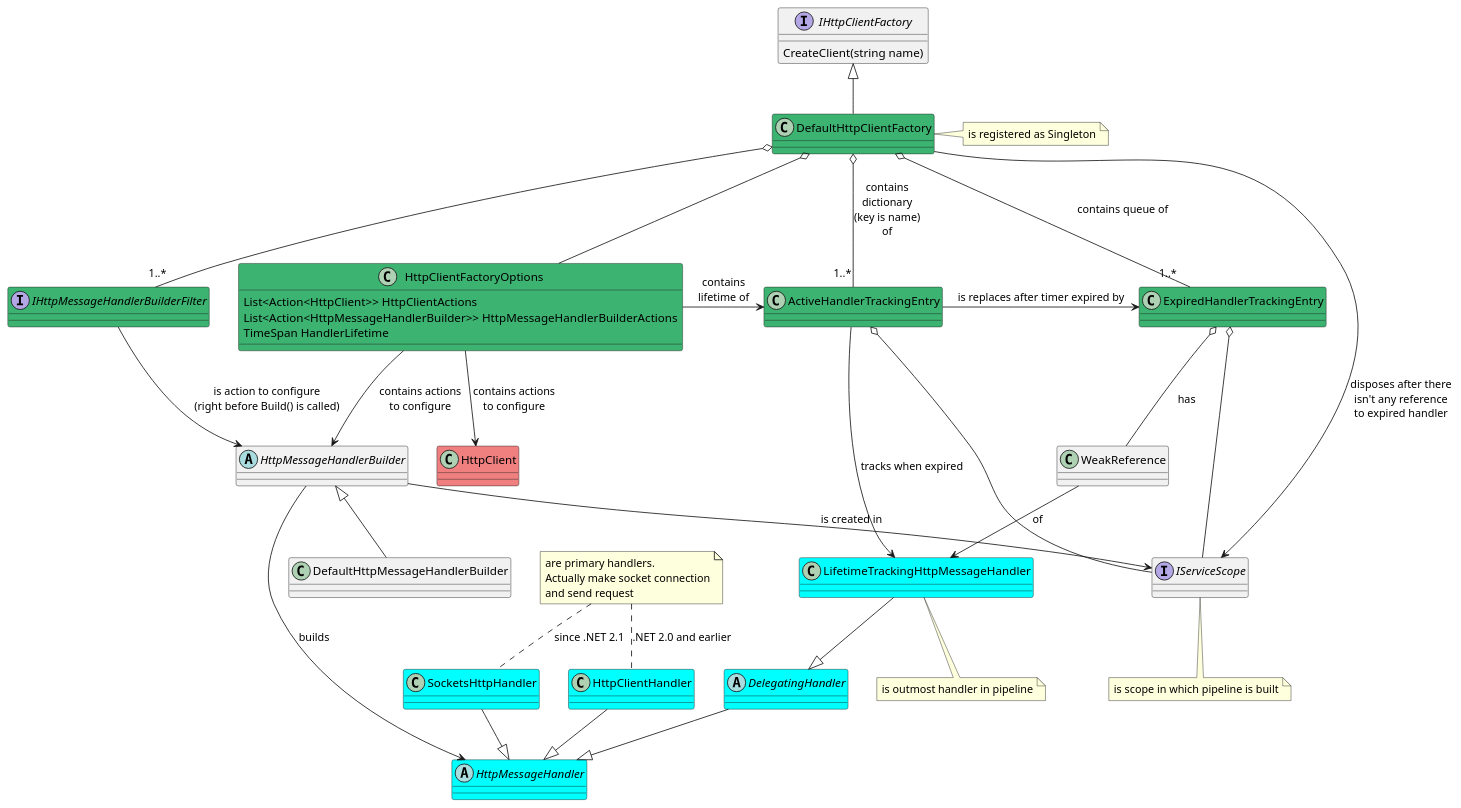
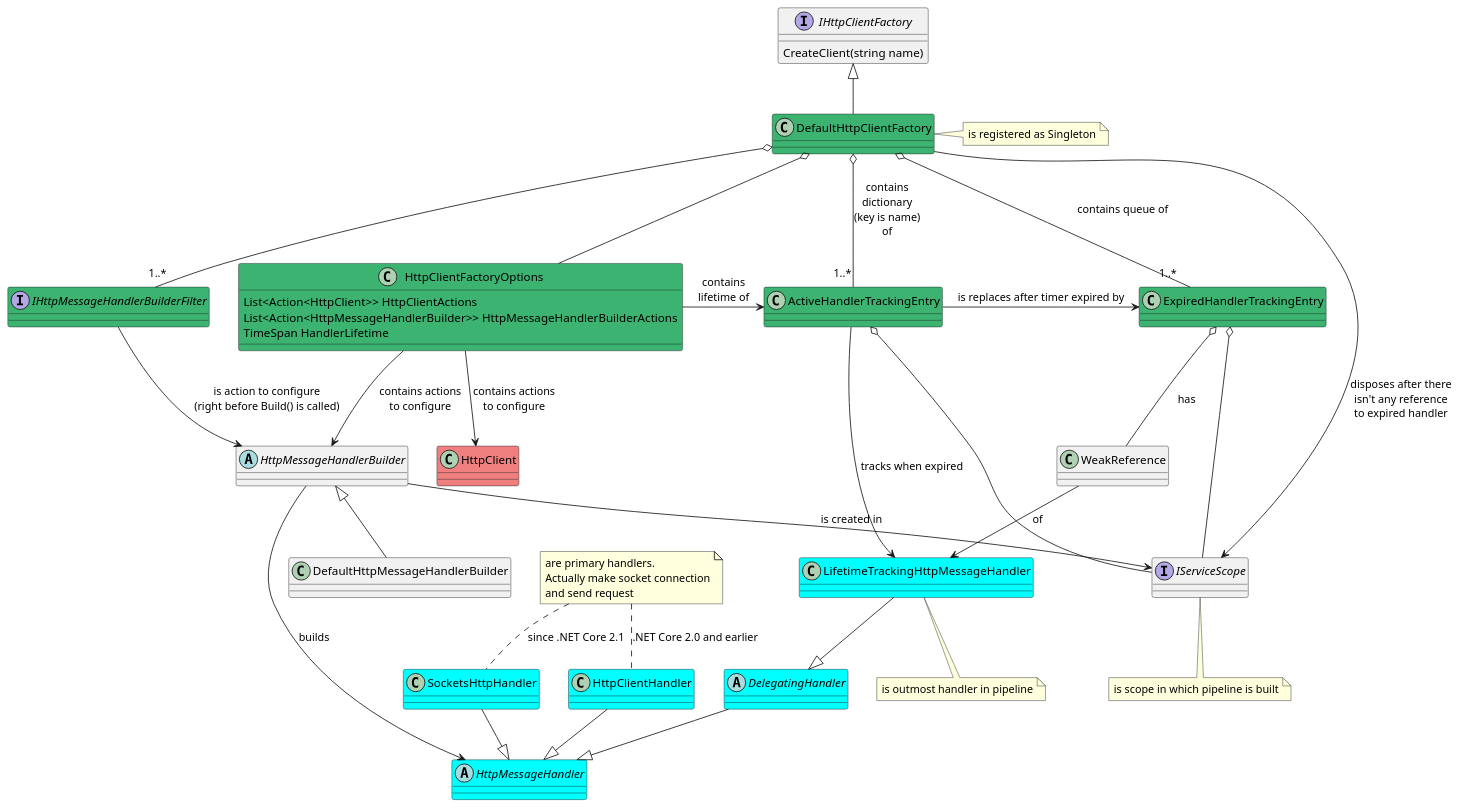
One commit to AndreiGanichev/Student-Notes changed the diagram in HttpClient/HttpClient.puml. Above: the diagram before and after it, drawn with PlantUML.

Commit message:
HttpClient infrastructure. Change .NET -> .NEt Core in notes.

```diff
--- a/HttpClient/HttpClient.puml
+++ b/HttpClient/HttpClient.puml
@@ -1,69 +1,69 @@
 @startuml
 
 class HttpClient #F08080
 interface IHttpClientFactory {
   CreateClient(string name)
 }
 class DefaultHttpClientFactory #3CB371
 
 abstract HttpMessageHandler #00FFFF
 abstract DelegatingHandler #00FFFF
 class HttpClientHandler #00FFFF
 class SocketsHttpHandler #00FFFF
 class LifetimeTrackingHttpMessageHandler #00FFFF
 
 
 abstract HttpMessageHandlerBuilder
 class DefaultHttpMessageHandlerBuilder
 interface IHttpMessageHandlerBuilderFilter #3CB371
 
 class ActiveHandlerTrackingEntry #3CB371
 class ExpiredHandlerTrackingEntry #3CB371
 class WeakReference
 
 class HttpClientFactoryOptions #3CB371{
   List<Action<HttpClient>> HttpClientActions
   List<Action<HttpMessageHandlerBuilder>> HttpMessageHandlerBuilderActions
   TimeSpan HandlerLifetime
 }
 
 interface IServiceScope
 note bottom of IServiceScope : is scope in which pipeline is built
 
 note right of DefaultHttpClientFactory : is registered as Singleton
 
 note bottom of LifetimeTrackingHttpMessageHandler : is outmost handler in pipeline
 note "are primary handlers.\nActually make socket connection\nand send request" as N1
-HttpClientHandler .up. N1 : .NET 2.0 and earlier
-N1 .. SocketsHttpHandler : since .NET 2.1
+HttpClientHandler .up. N1 : .NET Core 2.0 and earlier
+N1 .. SocketsHttpHandler : since .NET Core 2.1
 
 DefaultHttpClientFactory -up-|> IHttpClientFactory
 DefaultHttpClientFactory o-- HttpClientFactoryOptions
 DefaultHttpClientFactory o-- "1..*" IHttpMessageHandlerBuilderFilter
 DefaultHttpClientFactory o-- "1..*" ActiveHandlerTrackingEntry : contains\ndictionary\n(key is name)\nof
 DefaultHttpClientFactory o-- "1..*" ExpiredHandlerTrackingEntry : contains queue of
 DefaultHttpClientFactory --> IServiceScope : disposes after there\nisn't any reference\nto expired handler
 
 ActiveHandlerTrackingEntry --> LifetimeTrackingHttpMessageHandler : tracks when expired
 ActiveHandlerTrackingEntry o-- IServiceScope
 ActiveHandlerTrackingEntry -right-> ExpiredHandlerTrackingEntry : is replaces after timer expired by
 ExpiredHandlerTrackingEntry o-- IServiceScope
 ExpiredHandlerTrackingEntry o-- WeakReference : has
 WeakReference --> LifetimeTrackingHttpMessageHandler : of
 HttpMessageHandlerBuilder --> IServiceScope : is created in
 
 DelegatingHandler --|> HttpMessageHandler
 HttpClientHandler --|> HttpMessageHandler
 SocketsHttpHandler --|> HttpMessageHandler
 LifetimeTrackingHttpMessageHandler --|> DelegatingHandler
 
 
 HttpClientFactoryOptions --> HttpClient : contains actions\nto configure
 HttpClientFactoryOptions --> HttpMessageHandlerBuilder : contains actions\nto configure
 HttpClientFactoryOptions -right-> ActiveHandlerTrackingEntry : contains\nlifetime of
 
 DefaultHttpMessageHandlerBuilder -up-|> HttpMessageHandlerBuilder
 HttpMessageHandlerBuilder --> HttpMessageHandler : builds
 IHttpMessageHandlerBuilderFilter --> HttpMessageHandlerBuilder : is action to configure\n(right before Build() is called)
 
 @enduml
```
